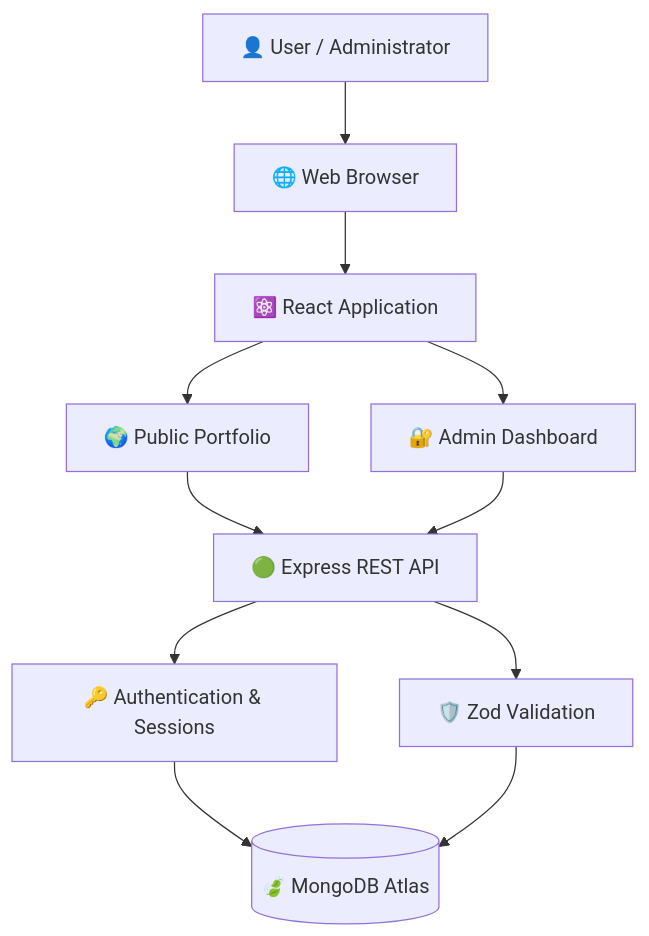
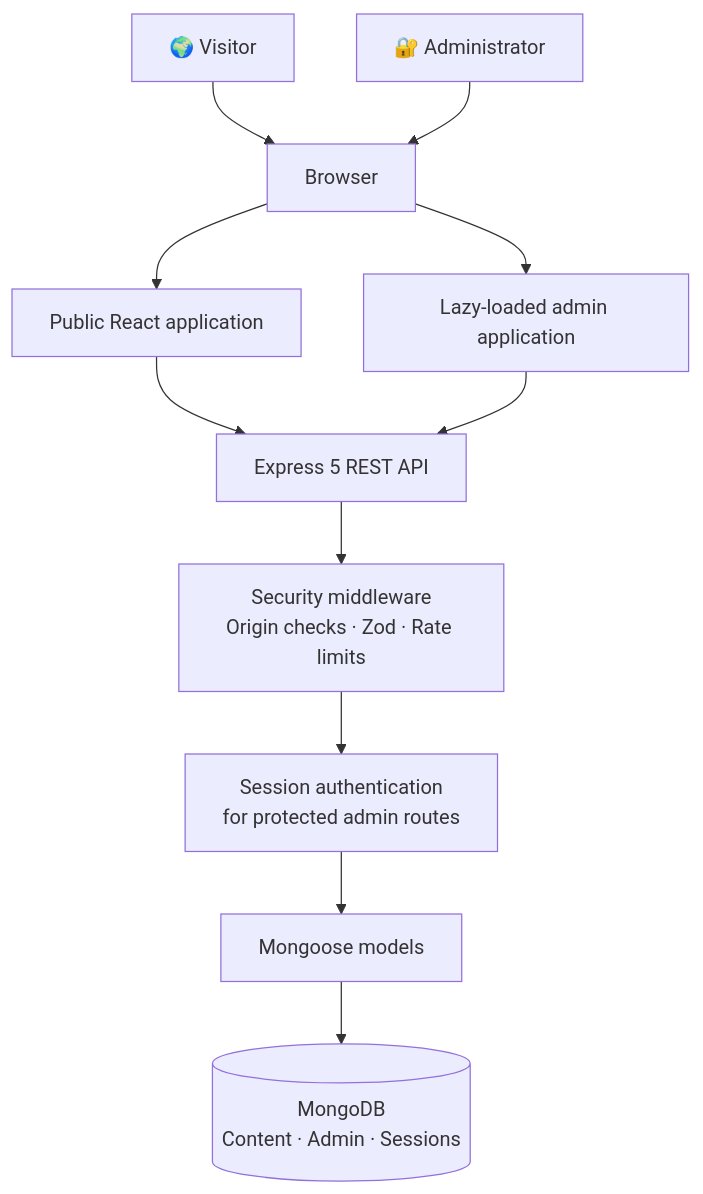
The first of 2 diagrams in README.md (Pradeep4002-C/pradeep-chavan-portfolio), drawn with Mermaid before and after one commit. The commit also changed other lines of this file, not shown here.

Commit message:
docs: update portfolio README

````diff
--- a/README.md
+++ b/README.md
@@ -108,23 +115,16 @@
 ```mermaid
-flowchart TD
-    U["👤 User / Administrator"]
-    B["🌐 Web Browser"]
-    R["⚛️ React Application"]
-    P["🌍 Public Portfolio"]
-    A["🔐 Admin Dashboard"]
-    API["🟢 Express REST API"]
-    AUTH["🔑 Authentication & Sessions"]
-    VAL["🛡️ Zod Validation"]
-    DB[("🍃 MongoDB Atlas")]
+flowchart TB
+    VISITOR["🌍 Visitor"] --> BROWSER["Browser"]
+    ADMIN["🔐 Administrator"] --> BROWSER
 
-    U --> B
-    B --> R
-    R --> P
-    R --> A
-    P --> API
-    A --> API
-    API --> AUTH
-    API --> VAL
-    AUTH --> DB
-    VAL --> DB
+    BROWSER --> PUBLIC["Public React application"]
+    BROWSER --> DASH["Lazy-loaded admin application"]
+
+    PUBLIC --> API["Express 5 REST API"]
+    DASH --> API
+
+    API --> MW["Security middleware<br/>Origin checks · Zod · Rate limits"]
+    MW --> AUTH["Session authentication<br/>for protected admin routes"]
+    AUTH --> MODELS["Mongoose models"]
+    MODELS --> DB[("MongoDB<br/>Content · Admin · Sessions")]
 ```
````
